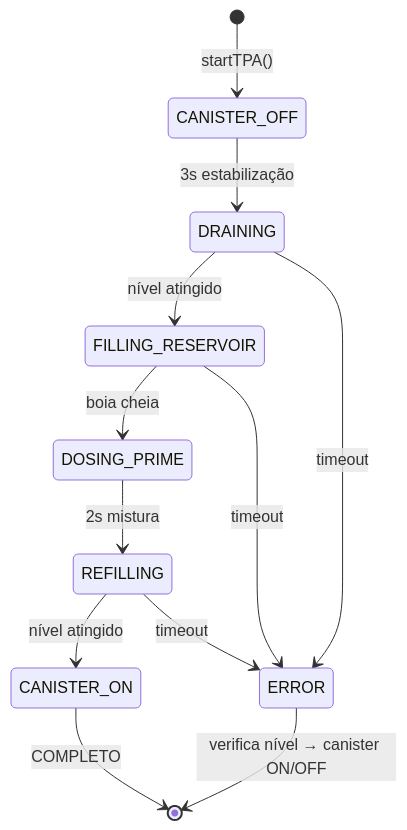
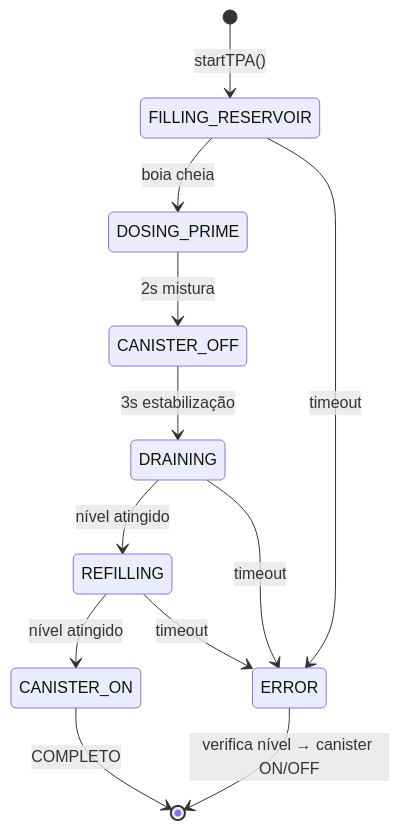
The first of 2 diagrams in README.pt-BR.md (PhilipeGatis/IARA), drawn with Mermaid before and after one commit. The commit also changed other lines of this file and 6 other files, not shown here.

First line of the commit message:
fix: fill the reservoir before draining, and reject noise-sized calibrations

````diff
--- a/README.pt-BR.md
+++ b/README.pt-BR.md
@@ -75,15 +75,15 @@
 ```mermaid
 stateDiagram-v2
-    [*] --> CANISTER_OFF: startTPA()
+    [*] --> FILLING_RESERVOIR: startTPA()
+    FILLING_RESERVOIR --> DOSING_PRIME: boia cheia
+    DOSING_PRIME --> CANISTER_OFF: 2s mistura
     CANISTER_OFF --> DRAINING: 3s estabilização
-    DRAINING --> FILLING_RESERVOIR: nível atingido
-    FILLING_RESERVOIR --> DOSING_PRIME: boia cheia
-    DOSING_PRIME --> REFILLING: 2s mistura
+    DRAINING --> REFILLING: nível atingido
     REFILLING --> CANISTER_ON: nível atingido
     CANISTER_ON --> [*]: COMPLETO
 
     DRAINING --> ERROR: timeout
     FILLING_RESERVOIR --> ERROR: timeout
     REFILLING --> ERROR: timeout
     ERROR --> [*]: verifica nível → canister ON/OFF
 ```
````
